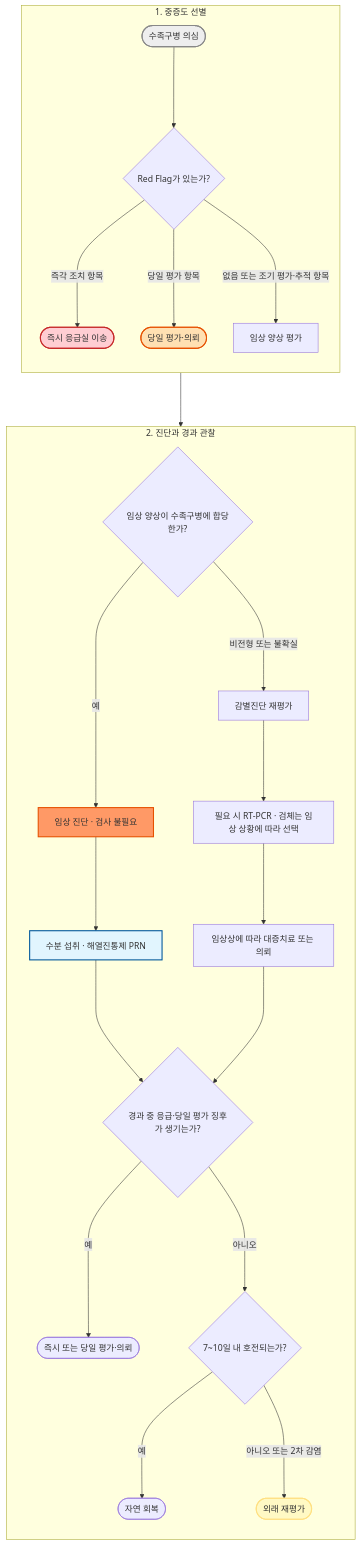
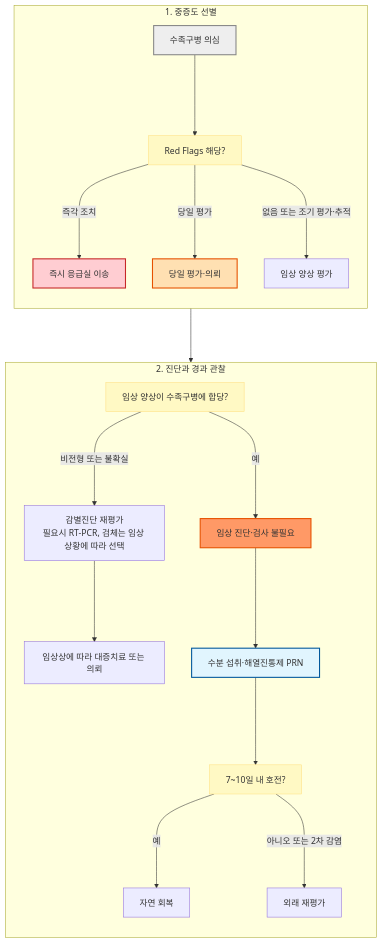
The diagram in 230_/198_-hand-foot-mouth-dz.md (familyoh77/familyoh77), drawn with Mermaid before and after one commit. The commit also changed other lines of this file and 16 other files, not shown here.

````diff
--- a/230_/198_-hand-foot-mouth-dz.md
+++ b/230_/198_-hand-foot-mouth-dz.md
@@ -116,33 +121,30 @@
 ```mermaid
 flowchart TB
     subgraph Triage["1. 중증도 선별"]
         direction TB
-        Start(["수족구병 의심"]) ---> RF{"Red Flag가 있는가?"}
-        RF --->|즉각 조치 항목| ER(["즉시 응급실 이송"])
-        RF --->|당일 평가 항목| Same(["당일 평가·의뢰"])
-        RF --->|없음 또는 조기 평가·추적 항목| Assess["임상 양상 평가"]
+        Start["수족구병 의심"] ---> RF["Red Flags 해당?"]
+        RF -- "즉각 조치" ---> ER["즉시 응급실 이송"]
+        RF -- "당일 평가" ---> Same["당일 평가·의뢰"]
+        RF -- "없음 또는 조기 평가·추적" ---> Assess["임상 양상 평가"]
     end
 
     subgraph Diagnosis["2. 진단과 경과 관찰"]
         direction TB
-        Assess ---> Q1{"임상 양상이 수족구병에 합당한가?"}
-        Q1 --->|예| Dx["임상 진단 · 검사 불필요"]
-        Q1 --->|비전형 또는 불확실| Diff["감별진단 재평가"]
-        Diff ---> Test["필요 시 RT-PCR · 검체는 임상 상황에 따라 선택"]
-        Dx ---> Home["수분 섭취 · 해열진통제 PRN"]
-        Test ---> Plan["임상상에 따라 대증치료 또는 의뢰"]
-        Home ---> Worsen{"경과 중 응급·당일 평가 징후가 생기는가?"}
-        Plan ---> Worsen
-        Worsen --->|예| Urgent(["즉시 또는 당일 평가·의뢰"])
-        Worsen --->|아니오| FU{"7~10일 내 호전되는가?"}
-        FU --->|예| Done(["자연 회복"])
-        FU --->|아니오 또는 2차 감염| Recheck(["외래 재평가"])
+        Assess ---> Q1["임상 양상이 수족구병에 합당?"]
+        Q1 -- "예" ---> Dx["임상 진단·검사 불필요"]
+        Q1 -- "비전형 또는 불확실" ---> Diff["감별진단 재평가<br/>필요시 RT-PCR, 검체는 임상 상황에 따라 선택"]
+        Diff ---> Plan["임상상에 따라 대증치료 또는 의뢰"]
+        Dx ---> Home["수분 섭취·해열진통제 PRN"]
+        Home ---> FU["7~10일 내 호전?"]
+        FU -- "예" ---> Done["자연 회복"]
+        FU -- "아니오 또는 2차 감염" ---> Recheck["외래 재평가"]
     end
 
+    classDef question fill:#fff9c4,stroke:#ffe082
+    class RF,Q1,FU question
     style Start fill:#eeeeee,stroke:#888888,stroke-width:2px
     style Dx fill:#f96,stroke:#e65100,stroke-width:2px
     style ER fill:#ffcdd2,stroke:#c62828,stroke-width:2px
     style Same fill:#ffe0b2,stroke:#e65100,stroke-width:2px
     style Home fill:#e1f5fe,stroke:#01579b,stroke-width:2px
-    style Recheck fill:#fff9c4,stroke:#ffe082,stroke-width:2px
 ```
````
